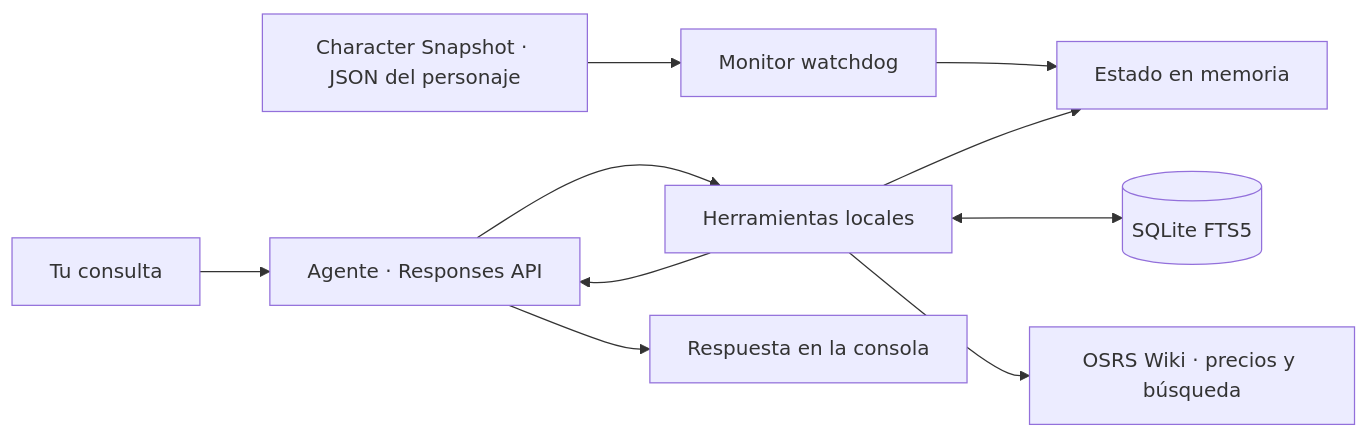
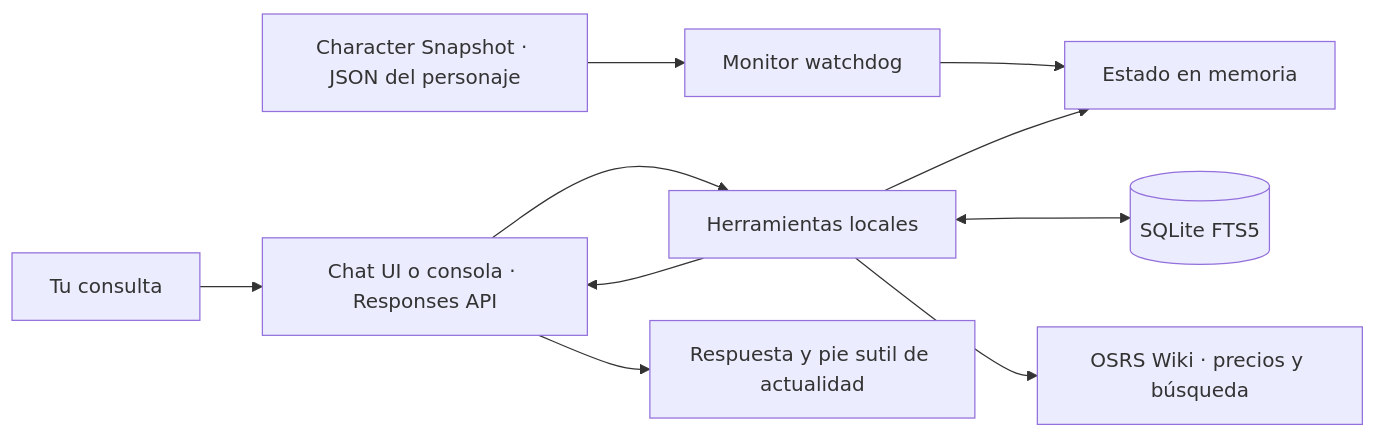
The diagram in README.md (mauricio-castano-dev/osrs-gpt-companion), drawn with Mermaid before and after one commit. The commit also changed other lines of this file and 17 other files, not shown here.

````diff
--- a/README.md
+++ b/README.md
@@ -112,12 +130,12 @@
 ```mermaid
 flowchart LR
     R[Character Snapshot · JSON del personaje] --> W[Monitor watchdog]
     W --> C[Estado en memoria]
-    U[Tu consulta] --> A[Agente · Responses API]
+    U[Tu consulta] --> A[Chat UI o consola · Responses API]
     A --> T[Herramientas locales]
     T --> C
     T <--> M[(SQLite FTS5)]
     T --> E[OSRS Wiki · precios y búsqueda]
     T --> A
-    A --> F[Respuesta en la consola]
+    A --> F[Respuesta y pie sutil de actualidad]
 ```
````
